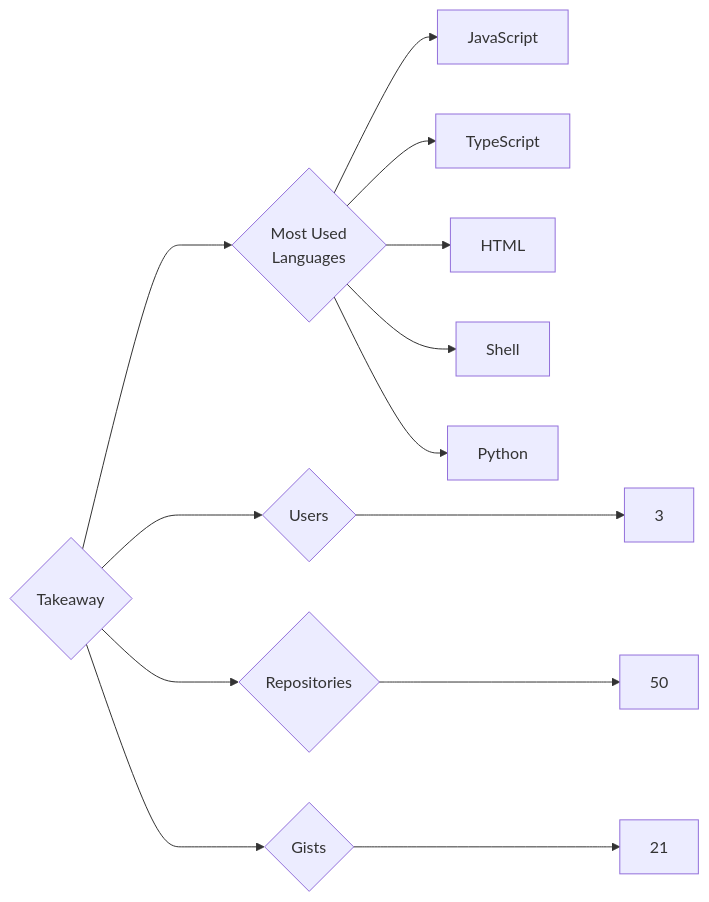
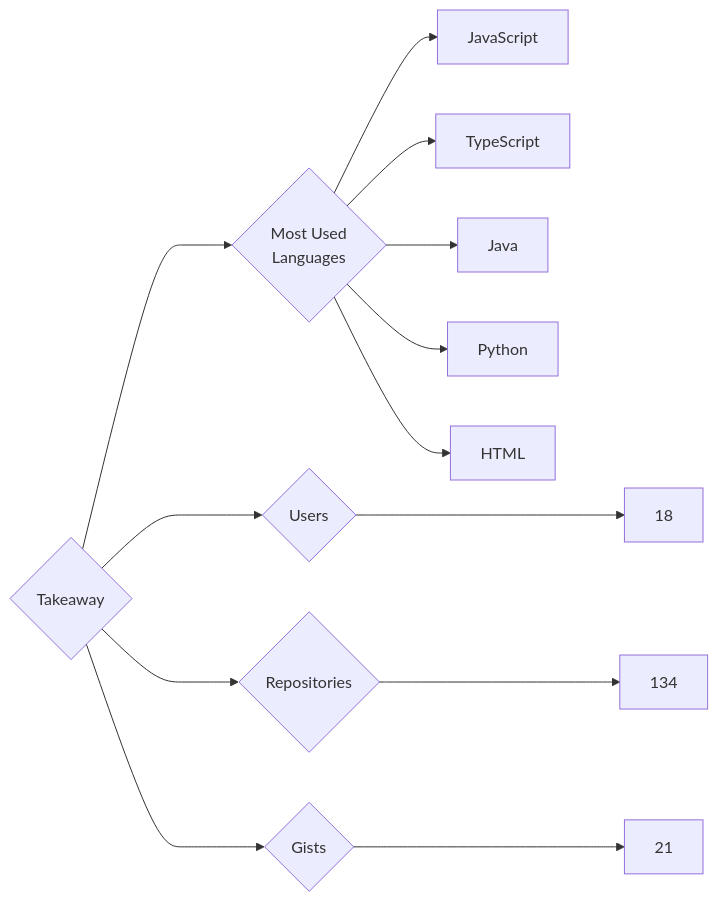
One commit to trickest/insiders changed the diagram in targets/Takeaway/README.md. Above: the diagram before and after it, drawn with Mermaid. The commit also changed 682 other files, not shown here.

````diff
--- a/targets/Takeaway/README.md
+++ b/targets/Takeaway/README.md
@@ -3,13 +3,13 @@
 ```mermaid
 graph LR
 COMPANY_NAME{Takeaway}
-COMPANY_NAME ---> U{Users} ---> UN[3]
-COMPANY_NAME ---> R{Repositories} ---> RN[50]
+COMPANY_NAME ---> U{Users} ---> UN[18]
+COMPANY_NAME ---> R{Repositories} ---> RN[134]
 COMPANY_NAME ---> G{Gists} ---> GN[21]
 COMPANY_NAME ---> ML{Most Used<br>Languages}
 ML --> JavaScript[JavaScript]
 ML --> TypeScript[TypeScript]
+ML --> Java[Java]
+ML --> Python[Python]
 ML --> HTML[HTML]
-ML --> Shell[Shell]
-ML --> Python[Python]
 ```
````
